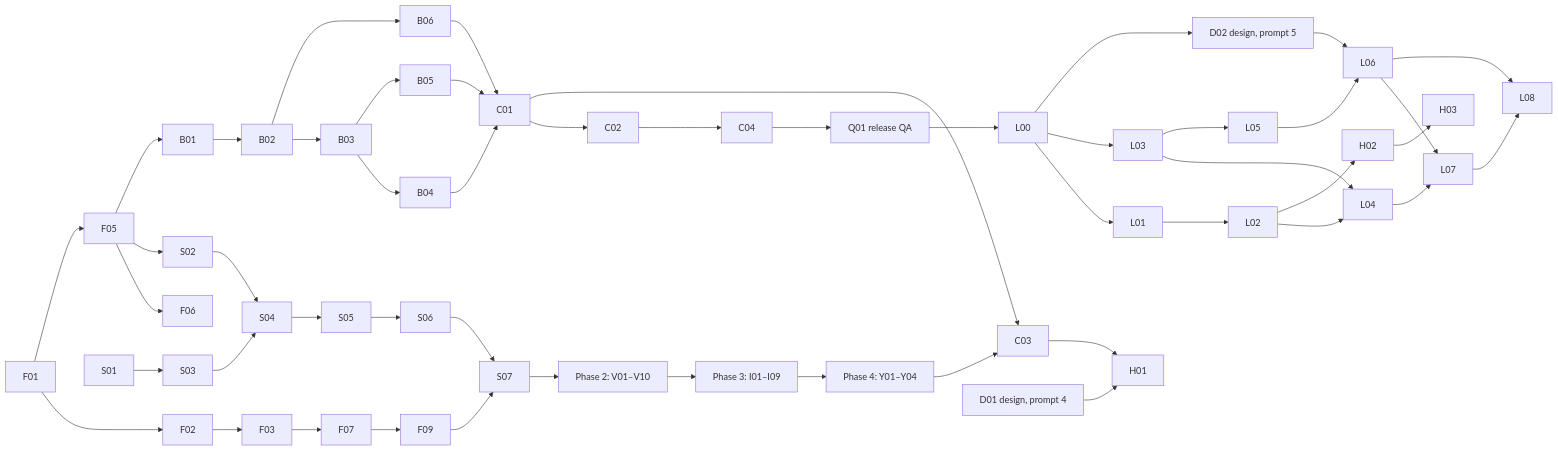
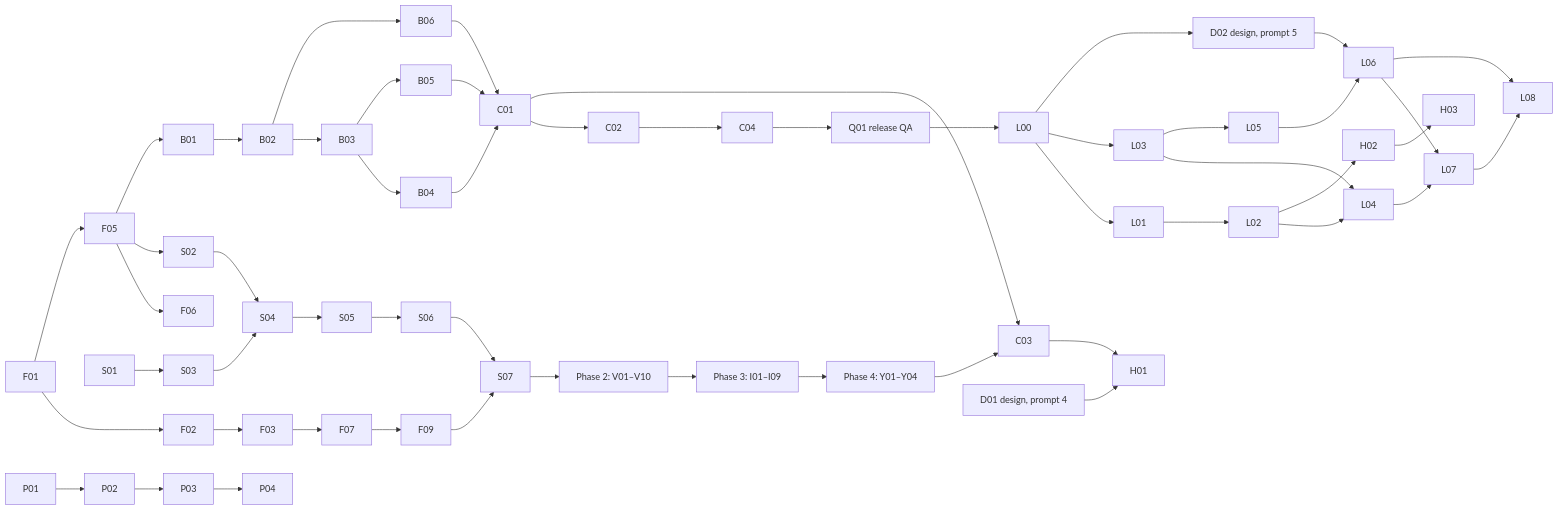
Before and after one commit to vespaiach/glance: the diagram in docs/execution-plan.md, drawn with Mermaid. The commit also changed other lines of this file, not shown here.

````diff
--- a/docs/execution-plan.md
+++ b/docs/execution-plan.md
@@ -34,24 +34,25 @@
 ```mermaid
 graph LR
   F01 --> F02 --> F03 --> F07 --> F09 --> S07
   F01 --> F05 --> F06
   F05 --> S02 --> S04 --> S05 --> S06 --> S07
   S01 --> S03 --> S04
   S07 --> V[Phase 2: V01–V10] --> I[Phase 3: I01–I09] --> Y[Phase 4: Y01–Y04]
   F05 --> B01 --> B02 --> B03 --> B04
   B03 --> B05
   B02 --> B06
   B04 & B05 & B06 --> C01 --> C02 --> C04
   Y --> C03
   C01 --> C03
   C04 --> Q[Q01 release QA]
   Q --> L00 --> L01 --> L02 --> L04
   L00 --> L03 --> L04
   L03 --> L05 --> L06
   L00 --> D02[D02 design, prompt 5] --> L06
   L04 & L06 --> L07
   L06 --> L08
   L07 --> L08
   C03 & D01[D01 design, prompt 4] --> H01
   L02 --> H02 --> H03
+  P01 --> P02 --> P03 --> P04
 ```
````
